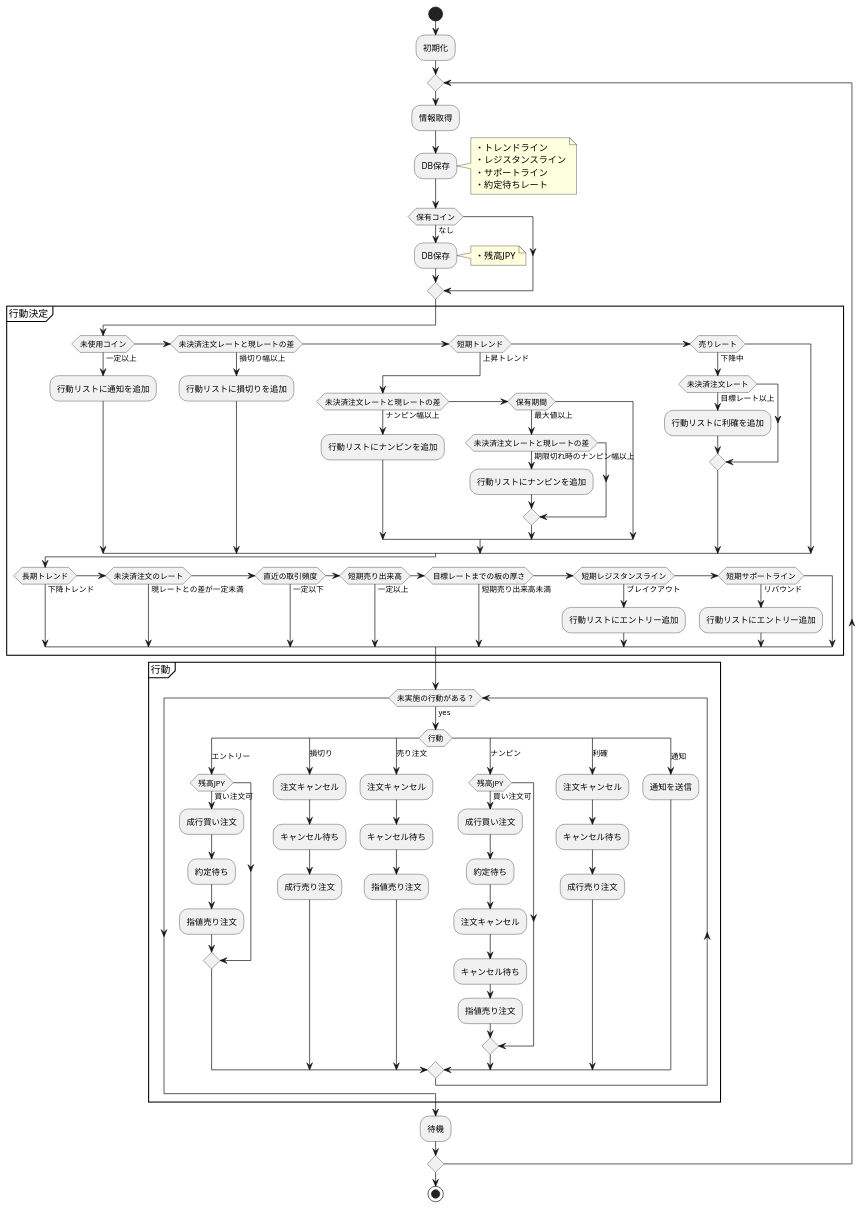
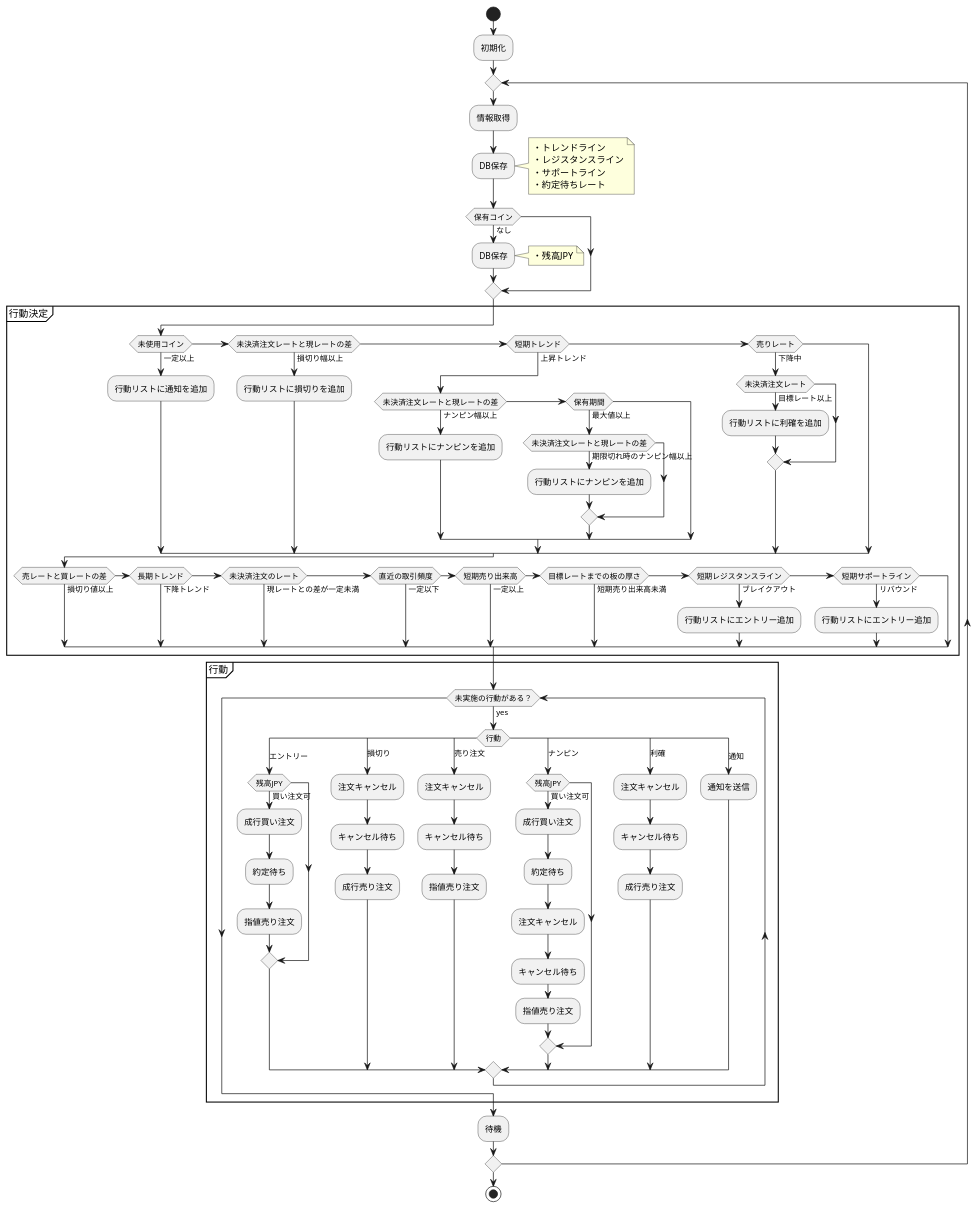
Before and after one commit to canpok1/trading-bot-rust: the diagram in docs/bot.plantuml, drawn with PlantUML. The commit also changed 2 other files, not shown here.

```diff
--- a/docs/bot.plantuml
+++ b/docs/bot.plantuml
@@ -1,94 +1,95 @@
 @startuml trading-bot-rust
 start
 
 :初期化;
 
 repeat
     :情報取得;
 
     :DB保存;
     note right
         ・トレンドライン
         ・レジスタンスライン
         ・サポートライン
         ・約定待ちレート
     end note
 
     if (保有コイン) then (なし)
         :DB保存;
         note right
             ・残高JPY
         end note
     endif
 
     partition 行動決定 {
         if (未使用コイン) then (一定以上)
             :行動リストに通知を追加;
         elseif (未決済注文レートと現レートの差) then (損切り幅以上)
             :行動リストに損切りを追加;
         elseif (短期トレンド) then (上昇トレンド)
             if (未決済注文レートと現レートの差) then (ナンピン幅以上)
                 :行動リストにナンピンを追加;
             elseif (保有期間) then (最大値以上)
                 if (未決済注文レートと現レートの差) then (期限切れ時のナンピン幅以上)
                     :行動リストにナンピンを追加;
                 endif
             endif
         elseif (売りレート) then (下降中)
             if (未決済注文レート) then (目標レート以上)
                 :行動リストに利確を追加;
             endif
         endif
 
-        if (長期トレンド) then (下降トレンド)
+        if (売レートと買レートの差) then (損切り値以上)
+        elseif (長期トレンド) then (下降トレンド)
         elseif (未決済注文のレート) then (現レートとの差が一定未満)
         elseif (直近の取引頻度) then (一定以下)
         elseif (短期売り出来高) then (一定以上)
         elseif (目標レートまでの板の厚さ) then (短期売り出来高未満)
         elseif (短期レジスタンスライン) then (ブレイクアウト)
             :行動リストにエントリー追加;
         elseif (短期サポートライン) then (リバウンド)
             :行動リストにエントリー追加;
         endif
     }
 
     partition 行動 {
         while (未実施の行動がある？) is (yes)
             switch (行動)
             case (エントリー)
                 if (残高JPY) then (買い注文可)
                     :成行買い注文;
                     :約定待ち;
                     :指値売り注文;
                 endif
             case (損切り)
                 :注文キャンセル;
                 :キャンセル待ち;
                 :成行売り注文;
             case (売り注文)
                 :注文キャンセル;
                 :キャンセル待ち;
                 :指値売り注文;
             case (ナンピン)
                 if (残高JPY) then (買い注文可)
                     :成行買い注文;
                     :約定待ち;
                     :注文キャンセル;
                     :キャンセル待ち;
                     :指値売り注文;
                 endif
             case (利確)
                 :注文キャンセル;
                 :キャンセル待ち;
                 :成行売り注文;
             case (通知)
                 :通知を送信;
             endswitch
         endwhile
     }
 
     :待機;
 repeat while
 
 stop
 @enduml
```
